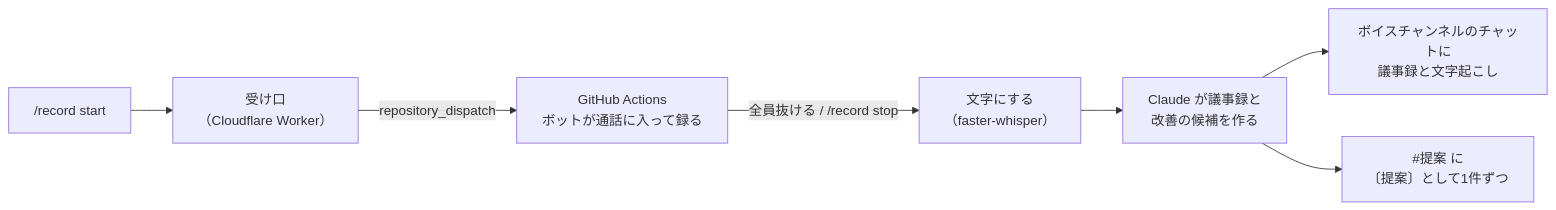
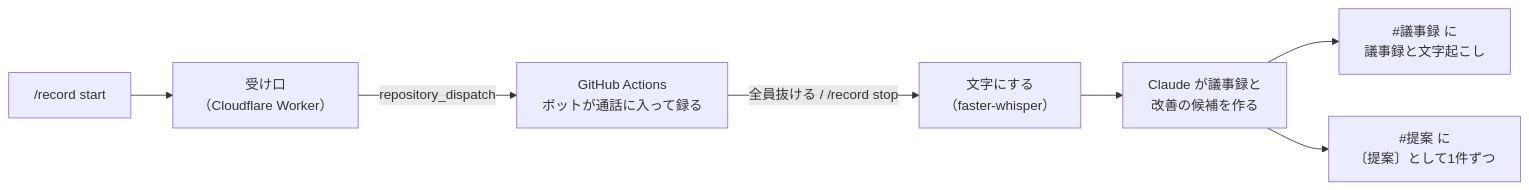
One commit to commons-ground/ground changed the diagram in tools/discord-meeting/README.md. Above: the diagram before and after it, drawn with Mermaid. The commit also changed other lines of this file and 5 other files, not shown here.

````diff
--- a/tools/discord-meeting/README.md
+++ b/tools/discord-meeting/README.md
@@ -7,9 +7,9 @@
 ```mermaid
 flowchart LR
   A["/record start"] --> B["受け口<br>（Cloudflare Worker）"]
   B -- repository_dispatch --> C["GitHub Actions<br>ボットが通話に入って録る"]
   C -- "全員抜ける / /record stop" --> D["文字にする<br>（faster-whisper）"]
   D --> E["Claude が議事録と<br>改善の候補を作る"]
-  E --> F["ボイスチャンネルのチャットに<br>議事録と文字起こし"]
+  E --> F["#議事録 に<br>議事録と文字起こし"]
   E --> G["#提案 に<br>〔提案〕として1件ずつ"]
 ```
````
